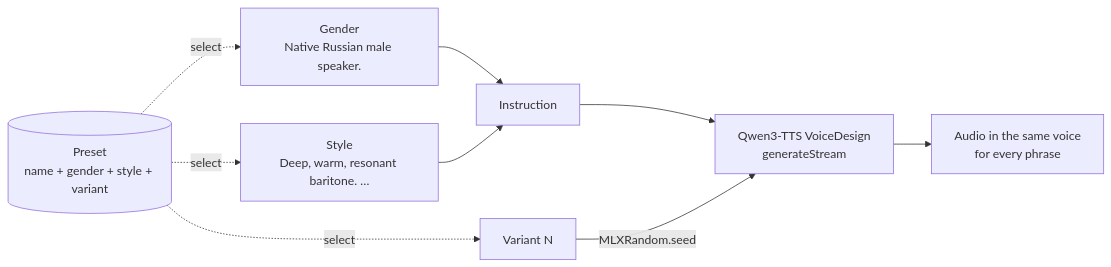
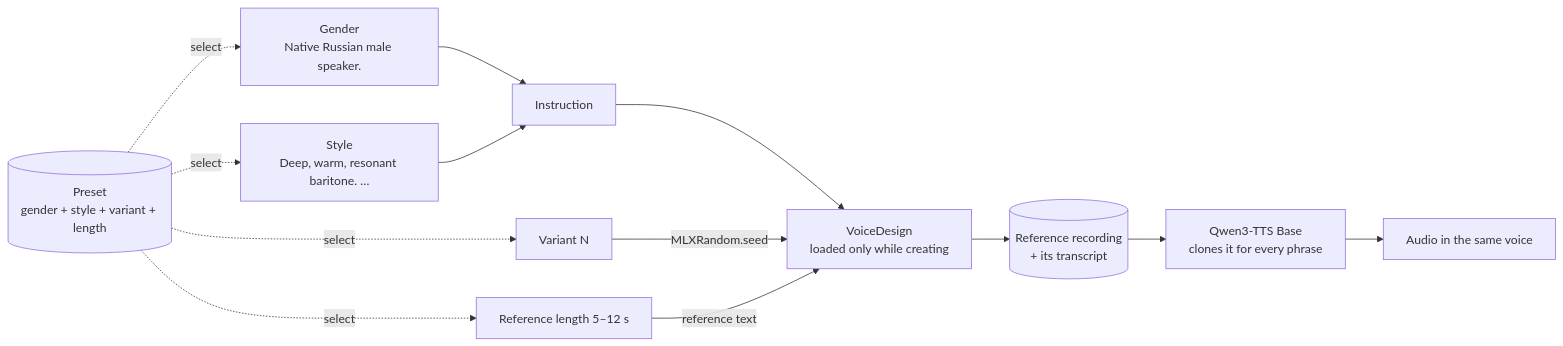
The fifth of 5 diagrams in README.md (andrew-ignatiev/screen-voice), drawn with Mermaid before and after one commit. The commit also changed other lines of this file and 49 other files, not shown here.

First line of the commit message:
Add Base voice cloning, Russian stress marks, voice import and catch-up speed

````diff
--- a/README.md
+++ b/README.md
@@ -289,9 +302,12 @@
 ```mermaid
 flowchart LR
     G["Gender<br/>Native Russian male speaker."] --> I[Instruction]
     S["Style<br/>Deep, warm, resonant baritone. …"] --> I
-    I --> M["Qwen3-TTS VoiceDesign<br/>generateStream"]
-    V["Variant N"] -->|MLXRandom.seed| M
-    M --> A["Audio in the same voice<br/>for every phrase"]
-    P[("Preset<br/>name + gender + style + variant")] -.->|select| G & S & V
+    I --> D["VoiceDesign<br/>loaded only while creating"]
+    V["Variant N"] -->|MLXRandom.seed| D
+    L["Reference length 5–12 s"] -->|reference text| D
+    D --> R[("Reference recording<br/>+ its transcript")]
+    R --> B["Qwen3-TTS Base<br/>clones it for every phrase"]
+    B --> A["Audio in the same voice"]
+    P[("Preset<br/>gender + style + variant + length")] -.->|select| G & S & V & L
 ```
````
